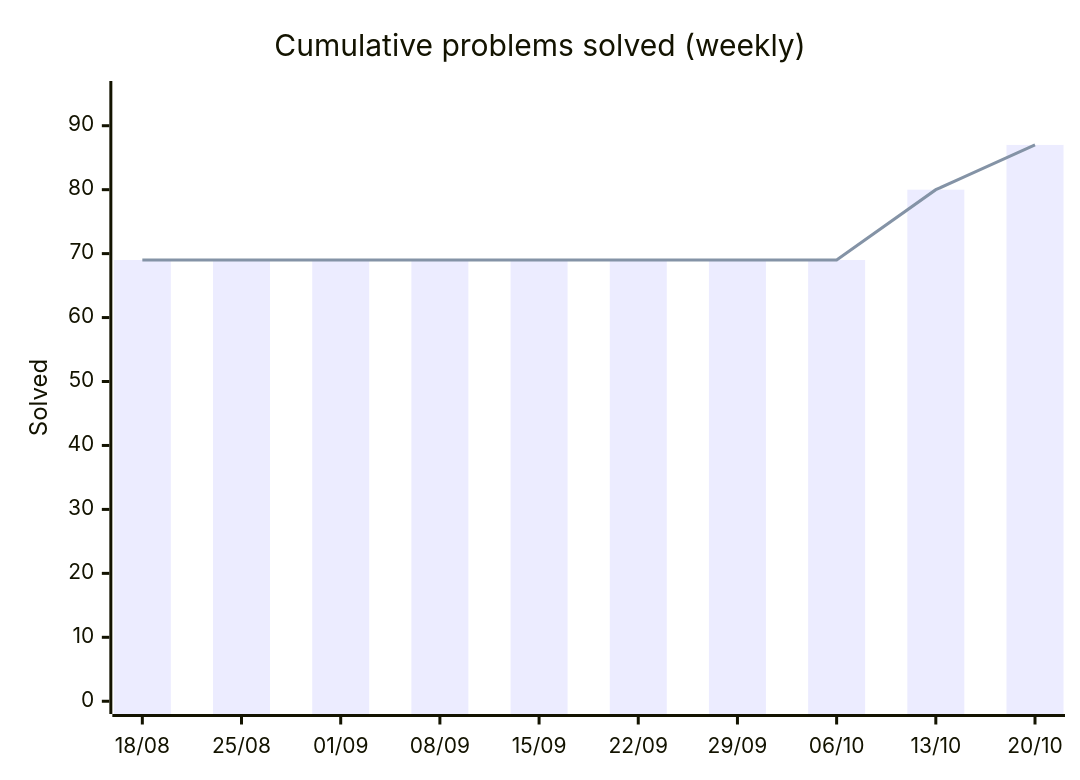
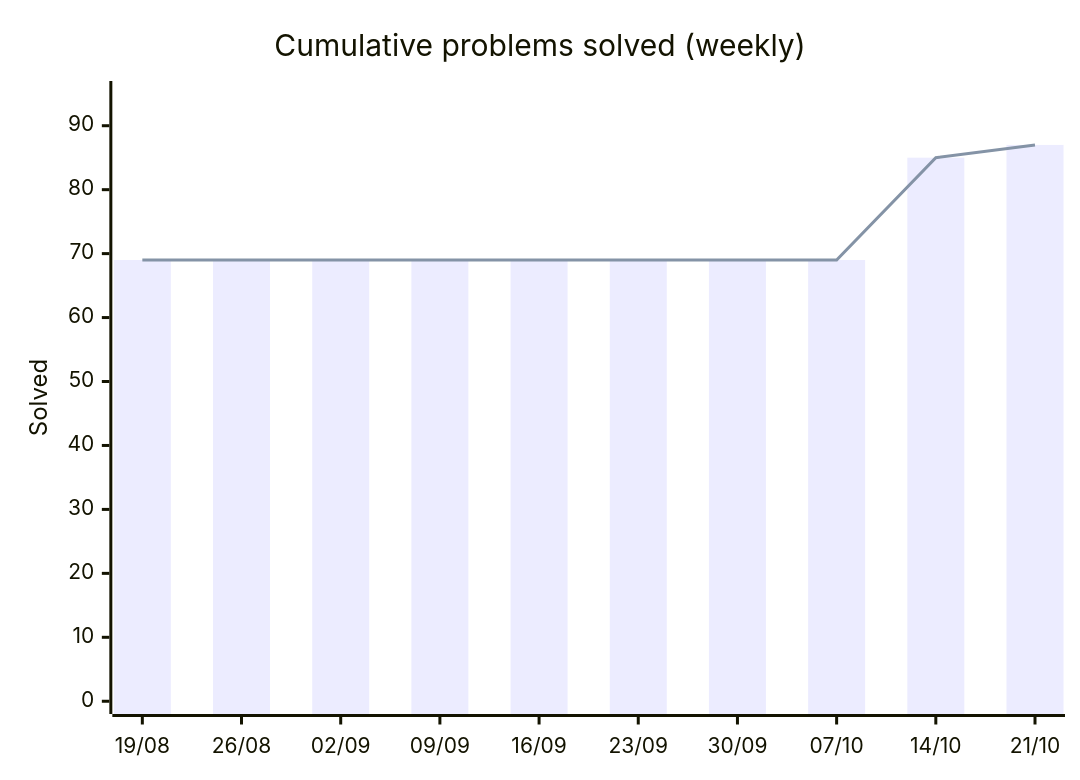
The first of 2 diagrams in README.md (HarryTrn/TensorTonic-Solutions), drawn with Mermaid before and after one commit. The commit also changed other lines of this file, not shown here.

````diff
--- a/README.md
+++ b/README.md
@@ -65,8 +65,8 @@
 ```mermaid
 xychart-beta
     title "Cumulative problems solved (weekly)"
-    x-axis ["18/08", "25/08", "01/09", "08/09", "15/09", "22/09", "29/09", "06/10", "13/10", "20/10"]
+    x-axis ["19/08", "26/08", "02/09", "09/09", "16/09", "23/09", "30/09", "07/10", "14/10", "21/10"]
     y-axis "Solved" 0 --> 95
-    bar [69, 69, 69, 69, 69, 69, 69, 69, 80, 87]
-    line [69, 69, 69, 69, 69, 69, 69, 69, 80, 87]
+    bar [69, 69, 69, 69, 69, 69, 69, 69, 85, 87]
+    line [69, 69, 69, 69, 69, 69, 69, 69, 85, 87]
 ```
````
